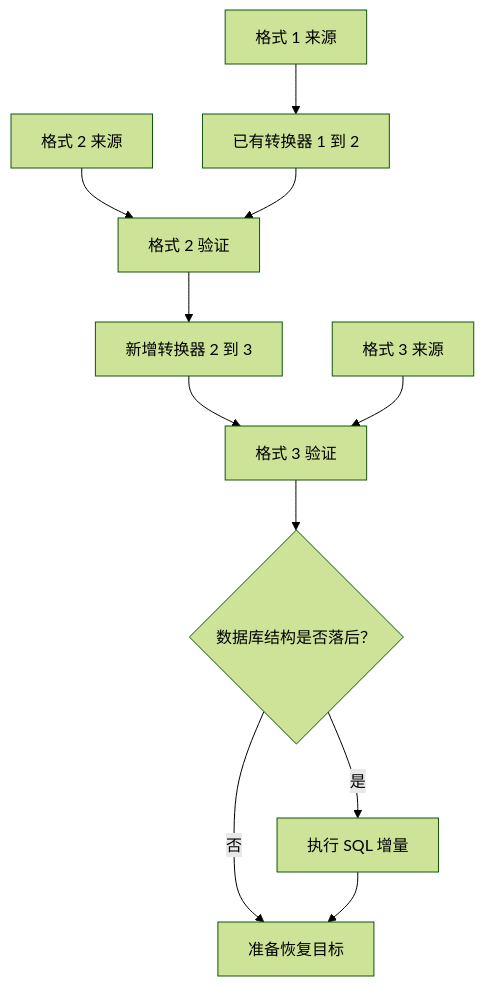
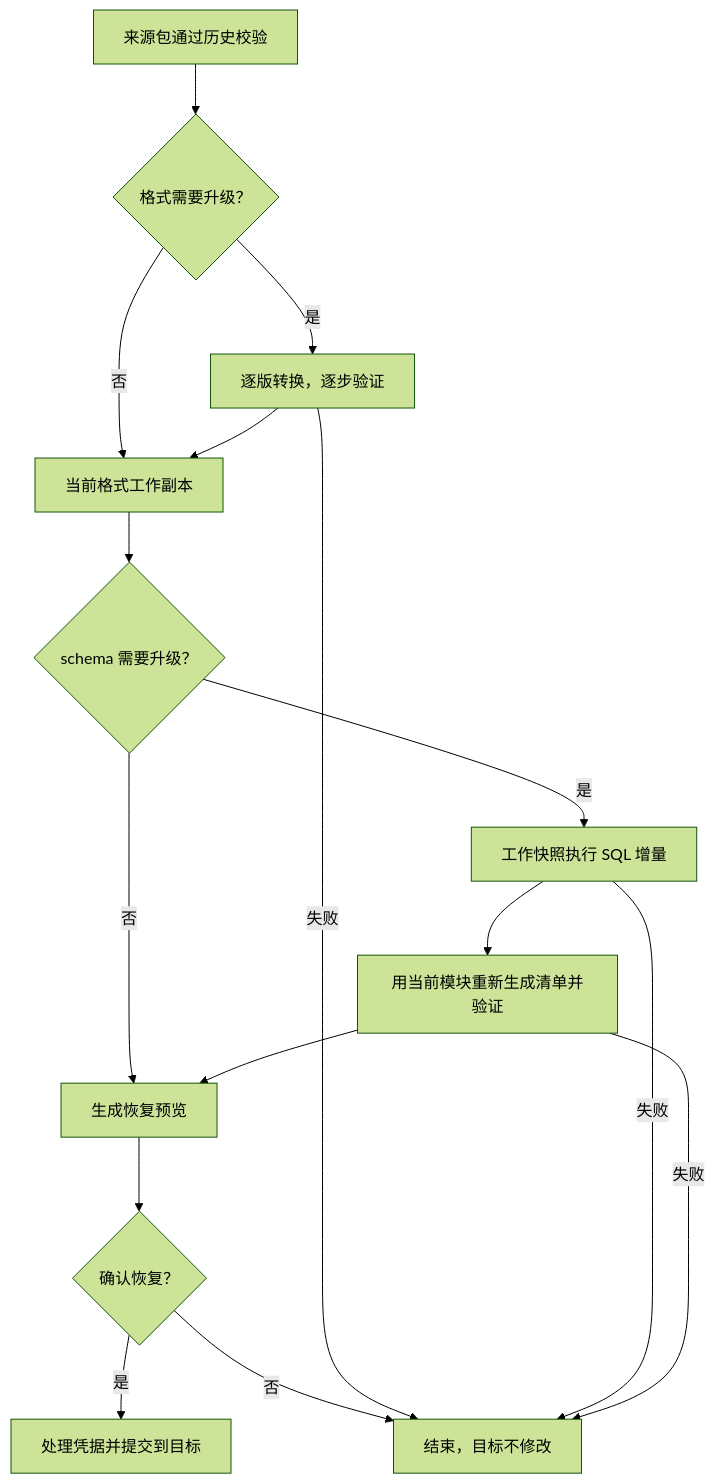
One commit to kevinhuang001/love-app changed the second of 2 diagrams in docs/developer/backup-migrations.md. Above: the diagram before and after it, drawn with Mermaid (forest theme). The commit also changed other lines of this file and 28 other files, not shown here.

Commit message:
refactor: 泛化备份版本模块并提供 PostgreSQL schema 1 接纳脚本 (#14)

````diff
--- a/docs/developer/backup-migrations.md
+++ b/docs/developer/backup-migrations.md
@@ -53,13 +64,18 @@
 ```mermaid
 flowchart TB
-  V1[格式 1 来源] --> C12[已有转换器 1 到 2]
-  V2[格式 2 来源] --> R2[格式 2 验证]
-  C12 --> R2
-  R2 --> C23[新增转换器 2 到 3]
-  C23 --> R3[格式 3 验证]
-  V3[格式 3 来源] --> R3
-  R3 --> S{数据库结构是否落后？}
-  S -->|是| M[执行 SQL 增量]
-  S -->|否| T[准备恢复目标]
-  M --> T
+  A[来源包通过历史校验] --> B{格式需要升级？}
+  B -->|是| C[逐版转换，逐步验证]
+  B -->|否| D[当前格式工作副本]
+  C --> D
+  D --> E{schema 需要升级？}
+  E -->|是| F[工作快照执行 SQL 增量]
+  F --> G[用当前模块重新生成清单并验证]
+  E -->|否| H[生成恢复预览]
+  G --> H
+  H --> I{确认恢复？}
+  I -->|是| J[处理凭据并提交到目标]
+  I -->|否| K[结束，目标不修改]
+  C -->|失败| K
+  F -->|失败| K
+  G -->|失败| K
 ```
````
